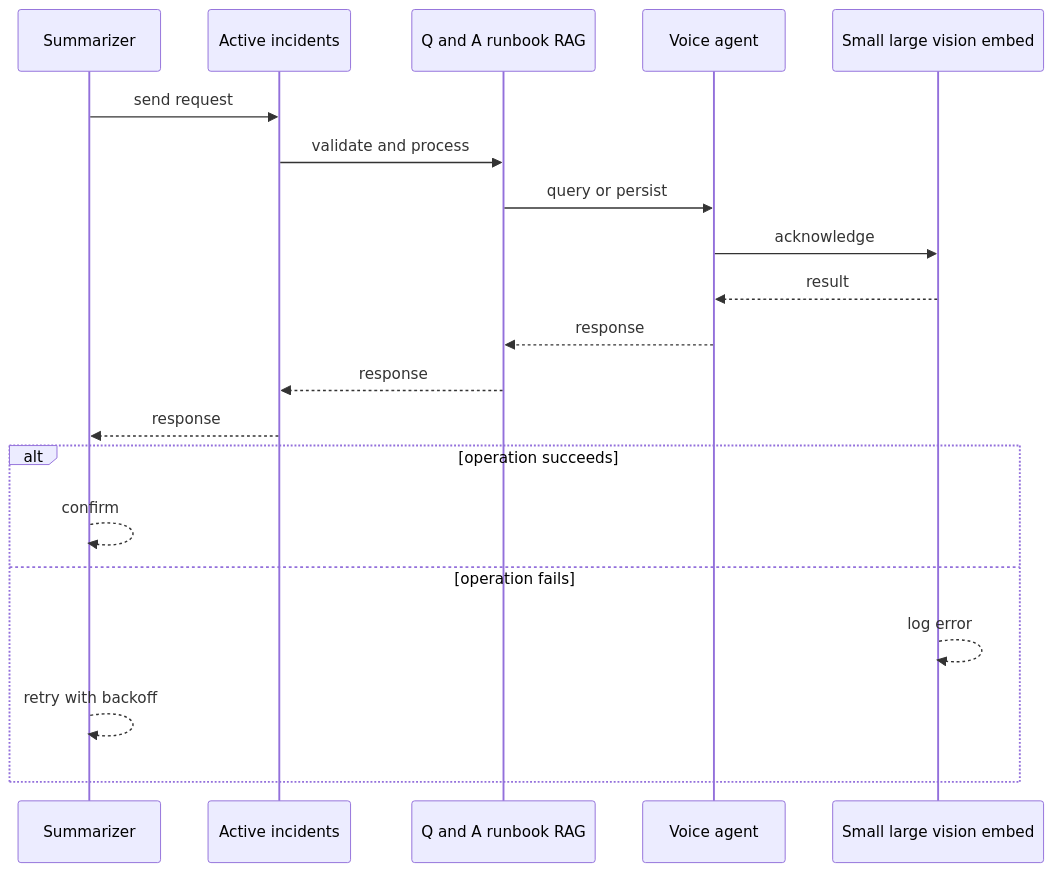
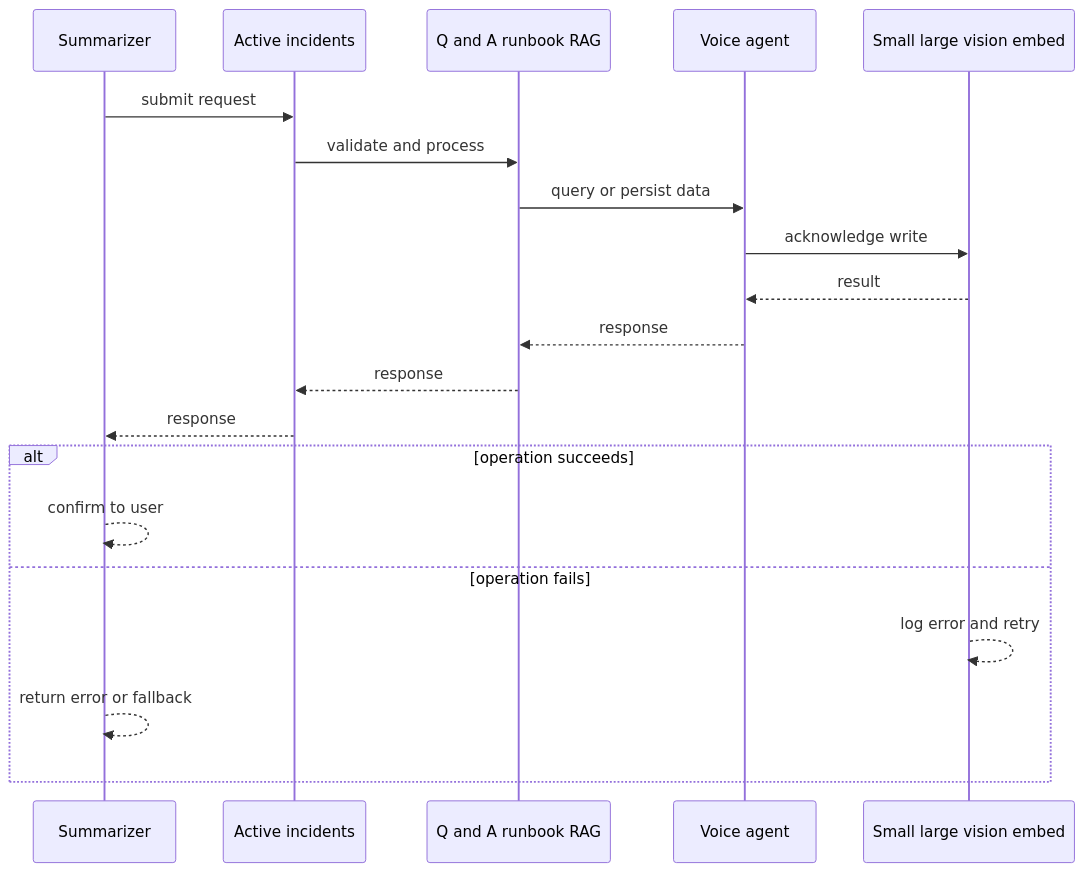
Before and after one commit to RIT-MESH/system-design-mastery: the second of 4 diagrams in case-studies/network-ai-systems/ai-assisted-noc.md, drawn with Mermaid. The commit also changed other lines of this file and 127 other files, not shown here.

First line of the commit message:
Improve all case study diagrams: case-specific sequences, fix truncated labels

````diff
--- a/case-studies/network-ai-systems/ai-assisted-noc.md
+++ b/case-studies/network-ai-systems/ai-assisted-noc.md
@@ -82,23 +82,23 @@
 ```mermaid
 %% created-for: system-design-mastery
 sequenceDiagram
-  participant C0 as Summarizer
-  participant C1 as Active incidents
-  participant C2 as Q and A runbook RAG
-  participant C3 as Voice agent
-  participant C4 as Small large vision embed
-  C0 ->> C1: send request
-  C1 ->> C2: validate and process
-  C2 ->> C3: query or persist
-  C3 ->> C4: acknowledge
-  C4 -->> C3: result
-  C3 -->> C2: response
-  C2 -->> C1: response
-  C1 -->> C0: response
+  participant P0 as Summarizer
+  participant P1 as Active incidents
+  participant P2 as Q and A runbook RAG
+  participant P3 as Voice agent
+  participant P4 as Small large vision embed
+  P0 ->> P1: submit request
+  P1 ->> P2: validate and process
+  P2 ->> P3: query or persist data
+  P3 ->> P4: acknowledge write
+  P4 -->> P3: result
+  P3 -->> P2: response
+  P2 -->> P1: response
+  P1 -->> P0: response
   alt operation succeeds
-    C0 -->> C0: confirm
+    P0 -->> P0: confirm to user
   else operation fails
-    C4 -->> C4: log error
-    C0 -->> C0: retry with backoff
+    P4 -->> P4: log error and retry
+    P0 -->> P0: return error or fallback
   end
 ```
````
